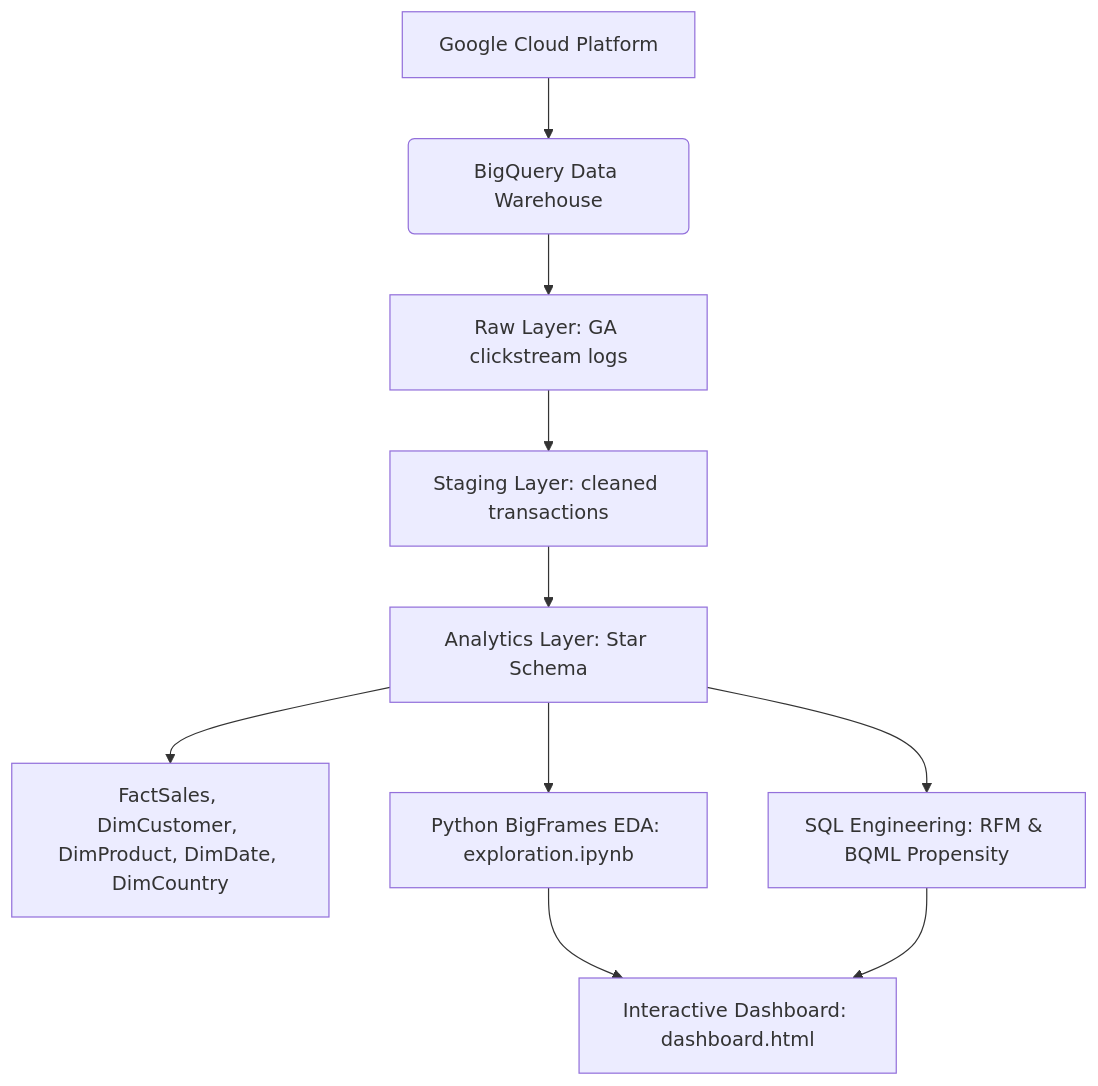
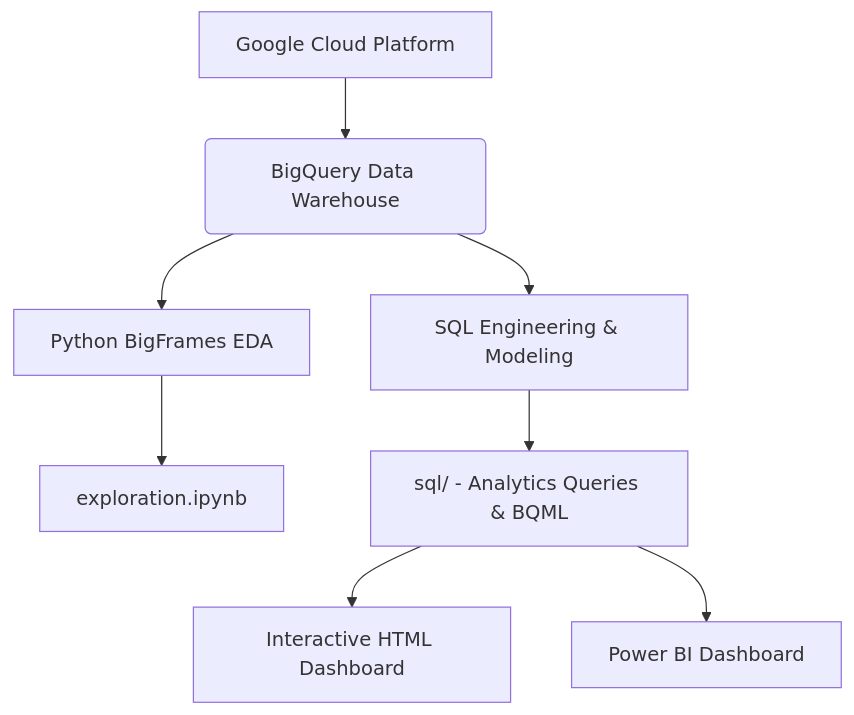
Before and after one commit to Mohitjoshi08/google-merchandise-store-analytics: the diagram in README.md, drawn with Mermaid. The commit also changed other lines of this file and 10 other files, not shown here.

````diff
--- a/README.md
+++ b/README.md
@@ -34,12 +11,10 @@
 ```mermaid
 graph TD
     A[Google Cloud Platform] --> B(BigQuery Data Warehouse)
-    B --> C[Raw Layer: GA clickstream logs]
-    C --> D[Staging Layer: cleaned transactions]
-    D --> E[Analytics Layer: Star Schema]
-    E --> F[FactSales, DimCustomer, DimProduct, DimDate, DimCountry]
-    E --> G[Python BigFrames EDA: exploration.ipynb]
-    E --> H[SQL Engineering: RFM & BQML Propensity]
-    G --> I[Interactive Dashboard: dashboard.html]
-    H --> I
+    B --> C[Python BigFrames EDA]
+    B --> D[SQL Engineering & Modeling]
+    C --> E[exploration.ipynb]
+    D --> F[sql/ - Analytics Queries & BQML]
+    F --> G[Interactive HTML Dashboard]
+    F --> H[Power BI Dashboard]
 ```
````
